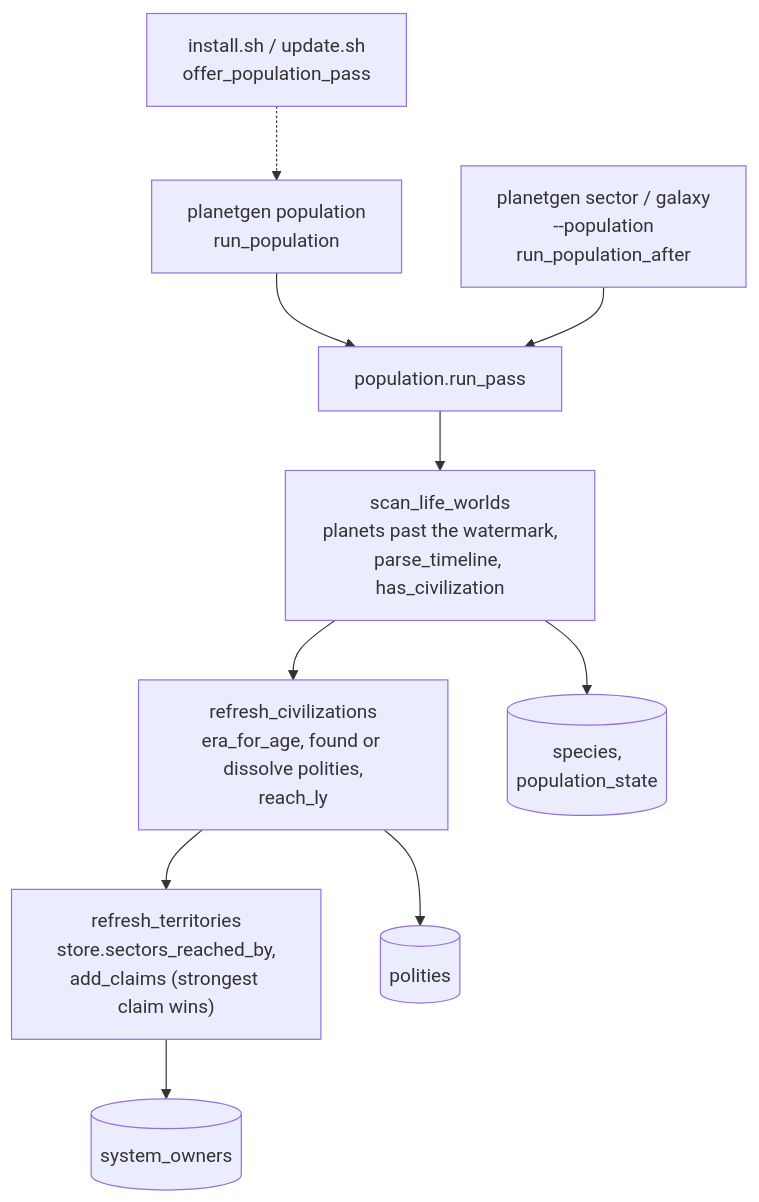
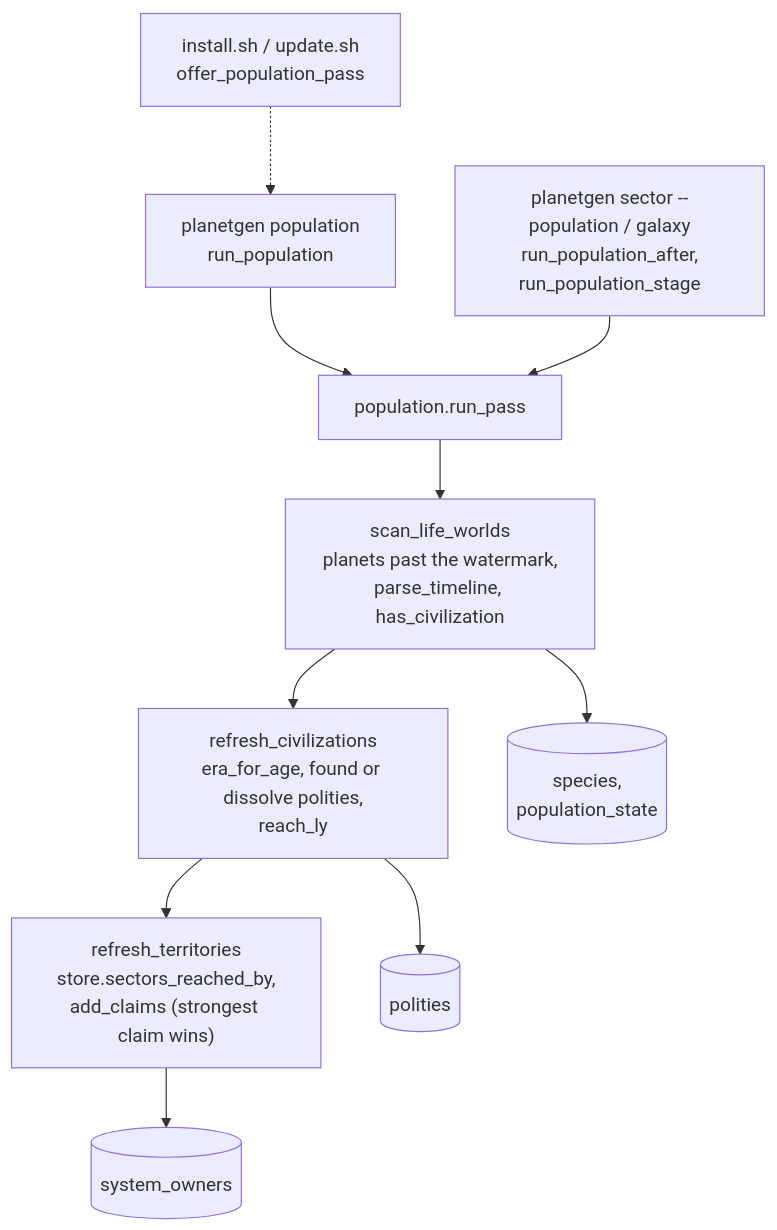
One commit to dwhagar/planetGen changed the third of 8 diagrams in docs/design/architecture/architecture.md. Above: the diagram before and after it, drawn with Mermaid. The commit also changed other lines of this file and 30 other files, not shown here.

First line of the commit message:
PERF.123 slice D1: galaxy does every stage; its opt-outs are gone

````diff
--- a/docs/design/architecture/architecture.md
+++ b/docs/design/architecture/architecture.md
@@ -774,12 +774,12 @@
 ```mermaid
 flowchart TD
     PopCLI["planetgen population<br/>run_population"] --> Pass["population.run_pass"]
-    After["planetgen sector / galaxy<br/>--population<br/>run_population_after"] --> Pass
+    After["planetgen sector --population / galaxy<br/>run_population_after,<br/>run_population_stage"] --> Pass
     Inst["install.sh / update.sh<br/>offer_population_pass"] -.-> PopCLI
     Pass --> Scan["scan_life_worlds<br/>planets past the watermark,<br/>parse_timeline, has_civilization"]
     Scan --> Civ["refresh_civilizations<br/>era_for_age, found or dissolve polities,<br/>reach_ly"]
     Civ --> Terr["refresh_territories<br/>store.sectors_reached_by,<br/>add_claims (strongest claim wins)"]
     Scan --> PT[("species,<br/>population_state")]
     Civ --> Pol[("polities")]
     Terr --> SO[("system_owners")]
 ```
````
